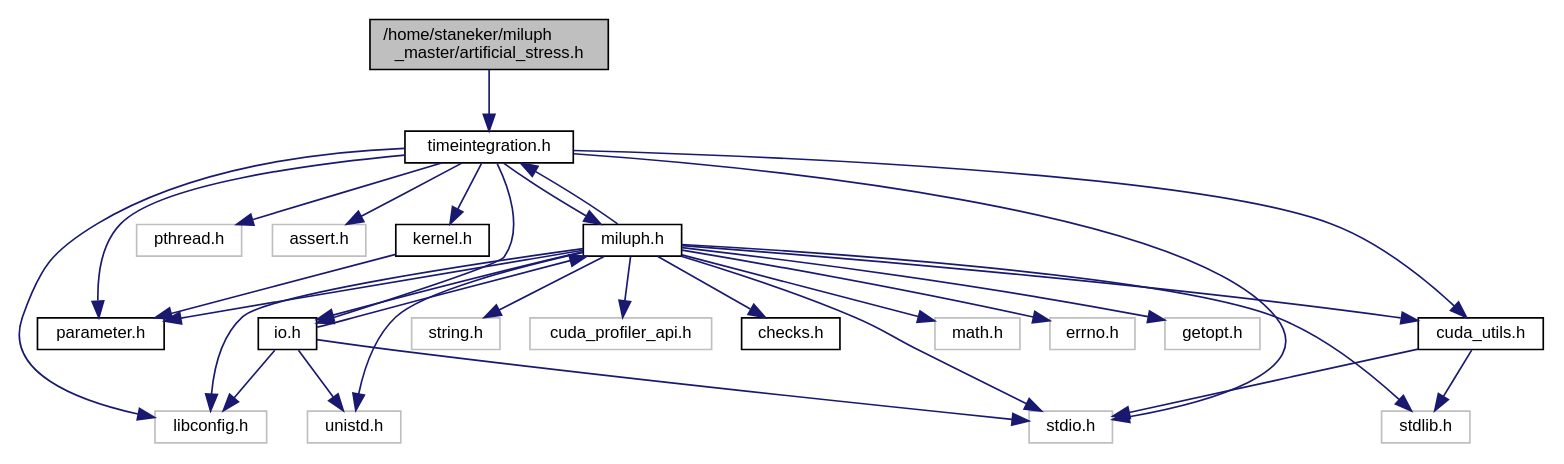
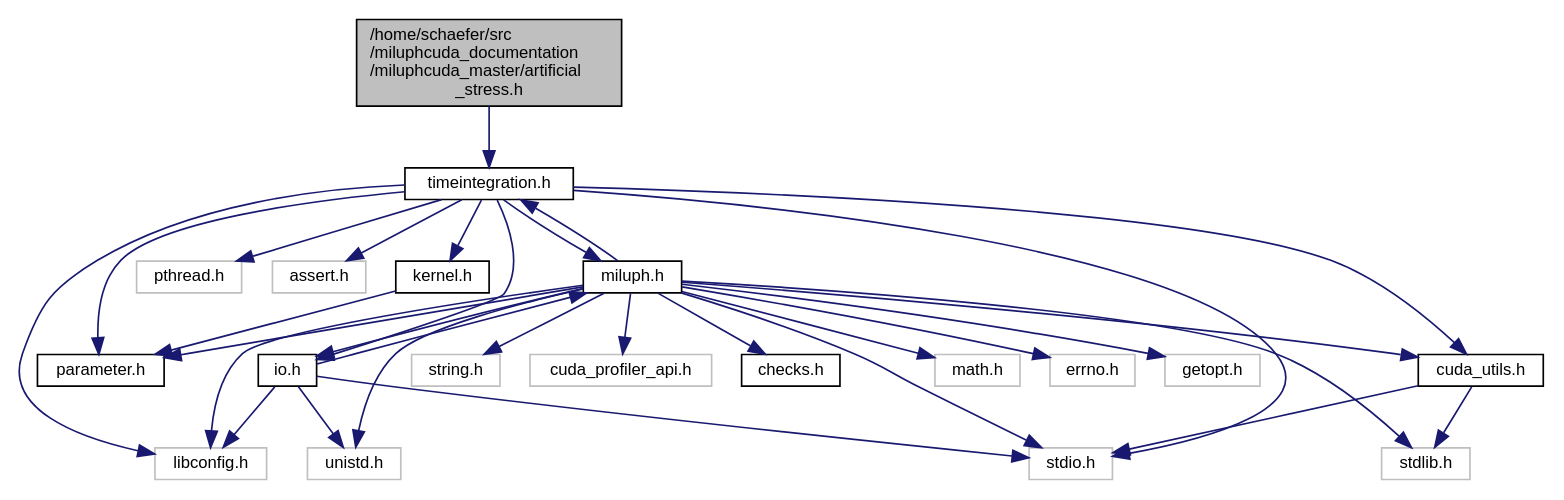
Before and after one commit to christophmschaefer/miluphcuda: the diagram in docs/artificial__stress_8h__incl.dot, drawn with Graphviz. The commit also changed 272 other files, not shown here.

```diff
--- a/docs/artificial__stress_8h__incl.dot
+++ b/docs/artificial__stress_8h__incl.dot
@@ -1,55 +1,55 @@
-digraph "/home/staneker/miluph_master/artificial_stress.h"
+digraph "/home/schaefer/src/miluphcuda_documentation/miluphcuda_master/artificial_stress.h"
 {
   edge [fontname="Helvetica",fontsize="10",labelfontname="Helvetica",labelfontsize="10"];
   node [fontname="Helvetica",fontsize="10",shape=record];
-  Node0 [label="/home/staneker/miluph\l_master/artificial_stress.h",height=0.2,width=0.4,color="black", fillcolor="grey75", style="filled", fontcolor="black"];
+  Node0 [label="/home/schaefer/src\l/miluphcuda_documentation\l/miluphcuda_master/artificial\l_stress.h",height=0.2,width=0.4,color="black", fillcolor="grey75", style="filled", fontcolor="black"];
   Node0 -> Node1 [color="midnightblue",fontsize="10",style="solid",fontname="Helvetica"];
   Node1 [label="timeintegration.h",height=0.2,width=0.4,color="black", fillcolor="white", style="filled",URL="$timeintegration_8h.html"];
   Node1 -> Node2 [color="midnightblue",fontsize="10",style="solid",fontname="Helvetica"];
   Node2 [label="stdio.h",height=0.2,width=0.4,color="grey75", fillcolor="white", style="filled"];
   Node1 -> Node3 [color="midnightblue",fontsize="10",style="solid",fontname="Helvetica"];
   Node3 [label="libconfig.h",height=0.2,width=0.4,color="grey75", fillcolor="white", style="filled"];
   Node1 -> Node4 [color="midnightblue",fontsize="10",style="solid",fontname="Helvetica"];
   Node4 [label="pthread.h",height=0.2,width=0.4,color="grey75", fillcolor="white", style="filled"];
   Node1 -> Node5 [color="midnightblue",fontsize="10",style="solid",fontname="Helvetica"];
   Node5 [label="assert.h",height=0.2,width=0.4,color="grey75", fillcolor="white", style="filled"];
   Node1 -> Node6 [color="midnightblue",fontsize="10",style="solid",fontname="Helvetica"];
   Node6 [label="parameter.h",height=0.2,width=0.4,color="black", fillcolor="white", style="filled",URL="$parameter_8h.html"];
   Node1 -> Node7 [color="midnightblue",fontsize="10",style="solid",fontname="Helvetica"];
   Node7 [label="miluph.h",height=0.2,width=0.4,color="black", fillcolor="white", style="filled",URL="$miluph_8h.html"];
   Node7 -> Node8 [color="midnightblue",fontsize="10",style="solid",fontname="Helvetica"];
   Node8 [label="math.h",height=0.2,width=0.4,color="grey75", fillcolor="white", style="filled"];
   Node7 -> Node9 [color="midnightblue",fontsize="10",style="solid",fontname="Helvetica"];
   Node9 [label="errno.h",height=0.2,width=0.4,color="grey75", fillcolor="white", style="filled"];
   Node7 -> Node10 [color="midnightblue",fontsize="10",style="solid",fontname="Helvetica"];
   Node10 [label="getopt.h",height=0.2,width=0.4,color="grey75", fillcolor="white", style="filled"];
   Node7 -> Node11 [color="midnightblue",fontsize="10",style="solid",fontname="Helvetica"];
   Node11 [label="string.h",height=0.2,width=0.4,color="grey75", fillcolor="white", style="filled"];
   Node7 -> Node12 [color="midnightblue",fontsize="10",style="solid",fontname="Helvetica"];
   Node12 [label="unistd.h",height=0.2,width=0.4,color="grey75", fillcolor="white", style="filled"];
   Node7 -> Node2 [color="midnightblue",fontsize="10",style="solid",fontname="Helvetica"];
   Node7 -> Node13 [color="midnightblue",fontsize="10",style="solid",fontname="Helvetica"];
   Node13 [label="stdlib.h",height=0.2,width=0.4,color="grey75", fillcolor="white", style="filled"];
   Node7 -> Node3 [color="midnightblue",fontsize="10",style="solid",fontname="Helvetica"];
   Node7 -> Node14 [color="midnightblue",fontsize="10",style="solid",fontname="Helvetica"];
   Node14 [label="cuda_utils.h",height=0.2,width=0.4,color="black", fillcolor="white", style="filled",URL="$cuda__utils_8h.html"];
   Node14 -> Node2 [color="midnightblue",fontsize="10",style="solid",fontname="Helvetica"];
   Node14 -> Node13 [color="midnightblue",fontsize="10",style="solid",fontname="Helvetica"];
   Node7 -> Node6 [color="midnightblue",fontsize="10",style="solid",fontname="Helvetica"];
   Node7 -> Node15 [color="midnightblue",fontsize="10",style="solid",fontname="Helvetica"];
   Node15 [label="io.h",height=0.2,width=0.4,color="black", fillcolor="white", style="filled",URL="$io_8h.html"];
   Node15 -> Node2 [color="midnightblue",fontsize="10",style="solid",fontname="Helvetica"];
   Node15 -> Node12 [color="midnightblue",fontsize="10",style="solid",fontname="Helvetica"];
   Node15 -> Node3 [color="midnightblue",fontsize="10",style="solid",fontname="Helvetica"];
   Node15 -> Node7 [color="midnightblue",fontsize="10",style="solid",fontname="Helvetica"];
   Node7 -> Node1 [color="midnightblue",fontsize="10",style="solid",fontname="Helvetica"];
   Node7 -> Node16 [color="midnightblue",fontsize="10",style="solid",fontname="Helvetica"];
   Node16 [label="cuda_profiler_api.h",height=0.2,width=0.4,color="grey75", fillcolor="white", style="filled"];
   Node7 -> Node17 [color="midnightblue",fontsize="10",style="solid",fontname="Helvetica"];
   Node17 [label="checks.h",height=0.2,width=0.4,color="black", fillcolor="white", style="filled",URL="$checks_8h.html"];
   Node1 -> Node15 [color="midnightblue",fontsize="10",style="solid",fontname="Helvetica"];
   Node1 -> Node14 [color="midnightblue",fontsize="10",style="solid",fontname="Helvetica"];
   Node1 -> Node18 [color="midnightblue",fontsize="10",style="solid",fontname="Helvetica"];
   Node18 [label="kernel.h",height=0.2,width=0.4,color="black", fillcolor="white", style="filled",URL="$kernel_8h.html"];
   Node18 -> Node6 [color="midnightblue",fontsize="10",style="solid",fontname="Helvetica"];
 }
```
